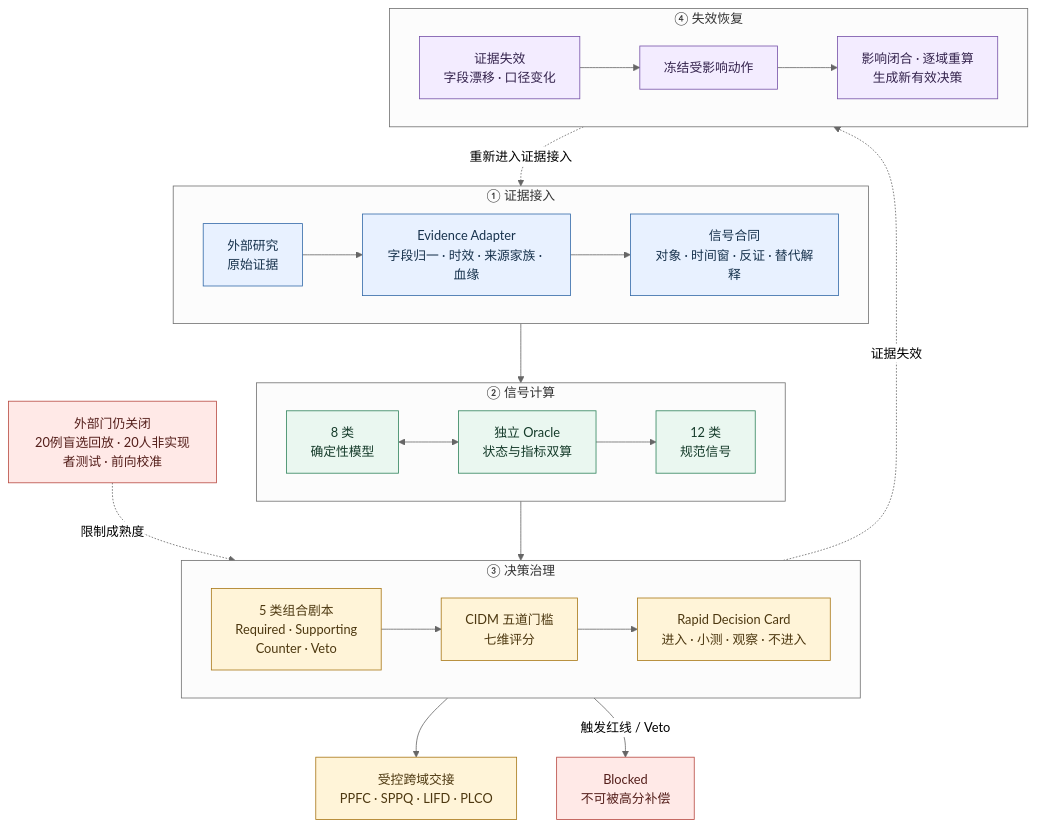
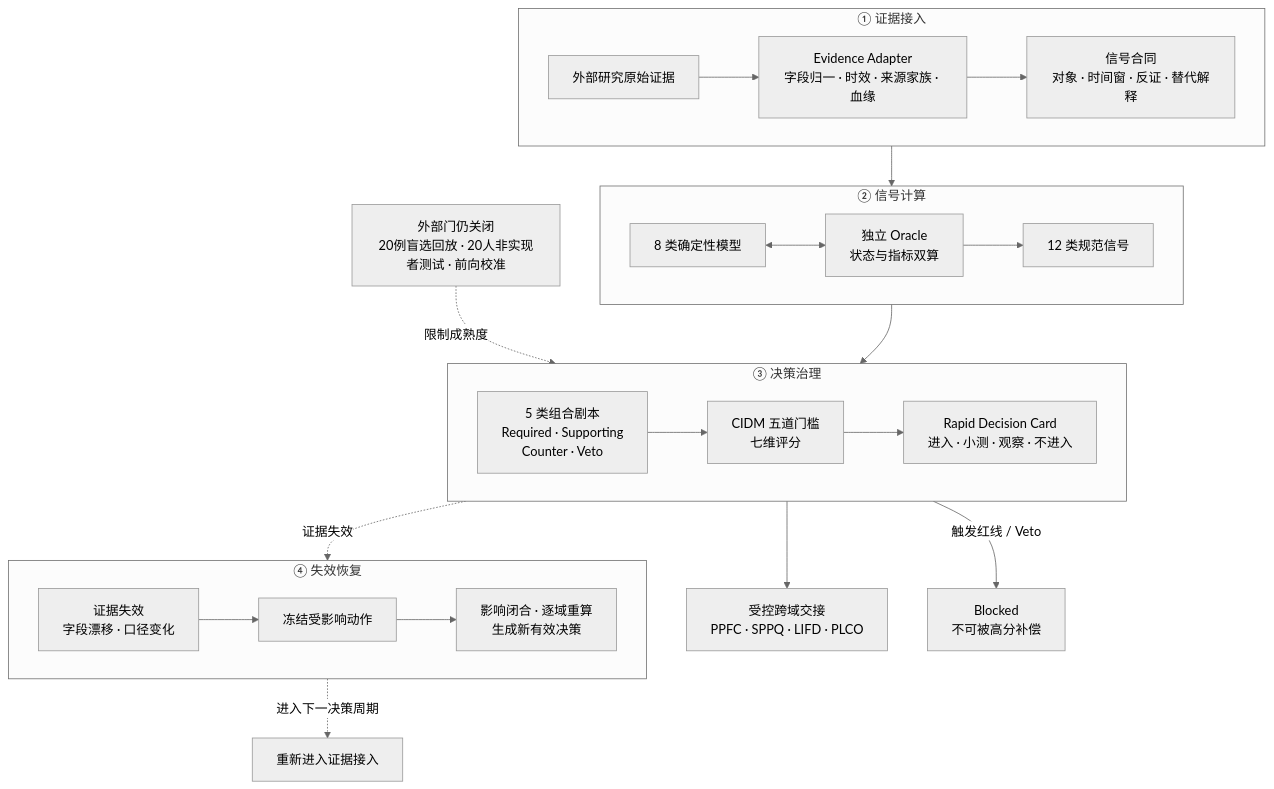
One commit to saye-chen/CrossBorder-Decision-Lab changed the first of 3 diagrams in README.md. Above: the diagram before and after it, drawn with Mermaid (neutral theme). The commit also changed other lines of this file and 2 other files, not shown here.

Commit message:
polish homepage capability architecture

````diff
--- a/README.md
+++ b/README.md
@@ -17,40 +17,30 @@
 ```mermaid
 flowchart TB
     subgraph IN["① 证据接入"]
       direction LR
-      RAW["外部研究<br/>原始证据"] --> ADP["Evidence Adapter<br/>字段归一 · 时效 · 来源家族 · 血缘"]
+      RAW["外部研究原始证据"] --> ADP["Evidence Adapter<br/>字段归一 · 时效 · 来源家族 · 血缘"]
       ADP --> CON["信号合同<br/>对象 · 时间窗 · 反证 · 替代解释"]
     end
     subgraph CORE["② 信号计算"]
       direction LR
-      MOD["8 类<br/>确定性模型"] <--> ORA["独立 Oracle<br/>状态与指标双算"]
-      ORA --> SIG["12 类<br/>规范信号"]
+      MOD["8 类确定性模型"] <--> ORA["独立 Oracle<br/>状态与指标双算"]
+      ORA --> SIG["12 类规范信号"]
     end
     subgraph DEC["③ 决策治理"]
       direction LR
       PLAY["5 类组合剧本<br/>Required · Supporting<br/>Counter · Veto"] --> GATE["CIDM 五道门槛<br/>七维评分"]
       GATE --> CARD["Rapid Decision Card<br/>进入 · 小测 · 观察 · 不进入"]
     end
     subgraph REC["④ 失效恢复"]
       direction LR
       DRIFT["证据失效<br/>字段漂移 · 口径变化"] --> FREEZE["冻结受影响动作"]
       FREEZE --> RECOMPUTE["影响闭合 · 逐域重算<br/>生成新有效决策"]
     end
     CON --> MOD
     SIG --> PLAY
     CARD --> HAND["受控跨域交接<br/>PPFC · SPPQ · LIFD · PLCO"]
     GATE -->|触发红线 / Veto| BLOCK["Blocked<br/>不可被高分补偿"]
     CARD -.证据失效.-> DRIFT
-    RECOMPUTE -.重新进入证据接入.-> RAW
+    RECOMPUTE -.进入下一决策周期.-> REENTRY["重新进入证据接入"]
     EXT["外部门仍关闭<br/>20例盲选回放 · 20人非实现者测试 · 前向校准"] -.限制成熟度.-> CARD
-    classDef evidence fill:#e8f1ff,stroke:#3269a8,color:#17324d
-    classDef signal fill:#eaf7f0,stroke:#31845c,color:#153b2a
-    classDef decision fill:#fff4d8,stroke:#a87716,color:#4d3810
-    classDef recovery fill:#f3ecff,stroke:#7652a8,color:#34234d
-    classDef stop fill:#ffe9e7,stroke:#b84a42,color:#541e1a
-    class RAW,ADP,CON evidence
-    class MOD,ORA,SIG signal
-    class PLAY,GATE,CARD,HAND decision
-    class DRIFT,FREEZE,RECOMPUTE recovery
-    class BLOCK,EXT stop
 ```
````
